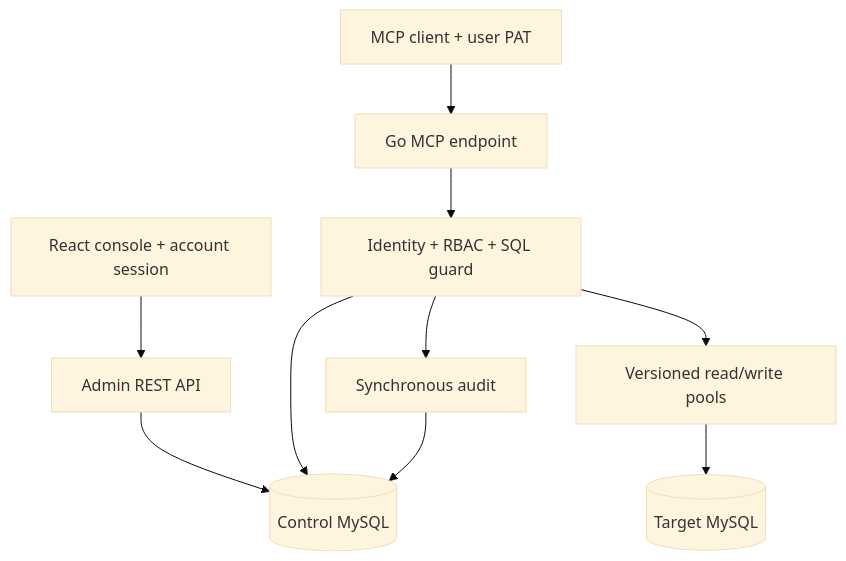
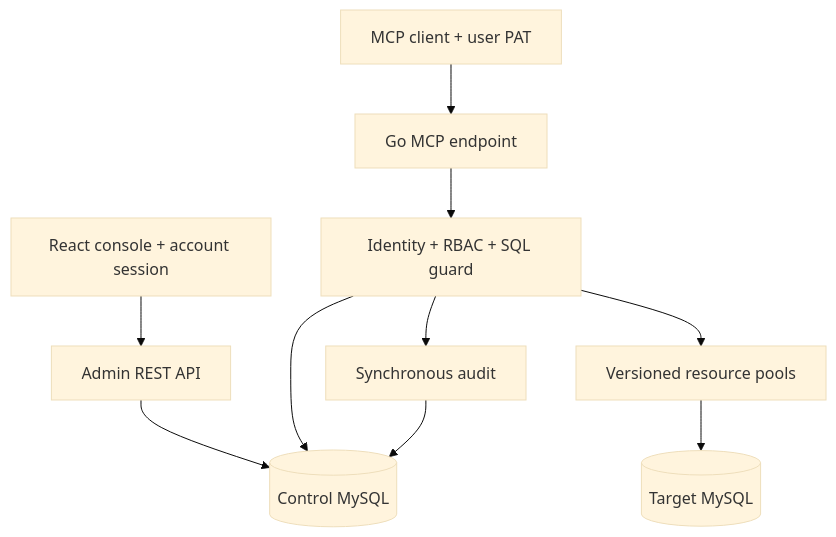
Before and after one commit to YogeLiu/db-access-gateway: the diagram in docs/research.md, drawn with Mermaid (base theme). The commit also changed other lines of this file and 19 other files, not shown here.

````diff
--- a/docs/research.md
+++ b/docs/research.md
@@ -45,12 +45,12 @@
 ```mermaid
 flowchart TB
   Client["MCP client + user PAT"] --> MCP["Go MCP endpoint"]
   Admin["React console + account session"] --> API["Admin REST API"]
   MCP --> Policy["Identity + RBAC + SQL guard"]
   API --> Control[("Control MySQL")]
   Policy --> Control
-  Policy --> Pool["Versioned read/write pools"]
+  Policy --> Pool["Versioned resource pools"]
   Pool --> Target[("Target MySQL")]
   Policy --> Audit["Synchronous audit"]
   Audit --> Control
 ```
````
